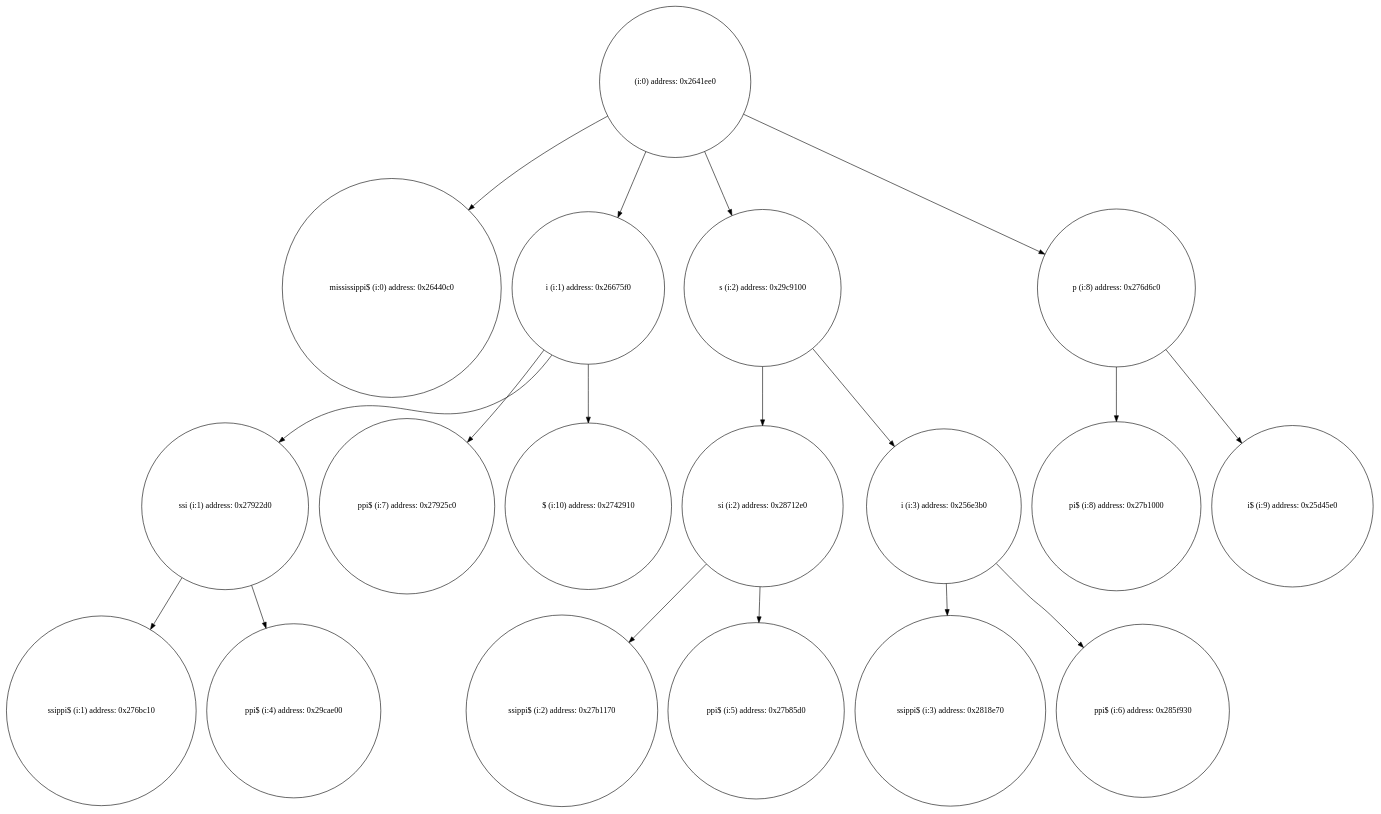
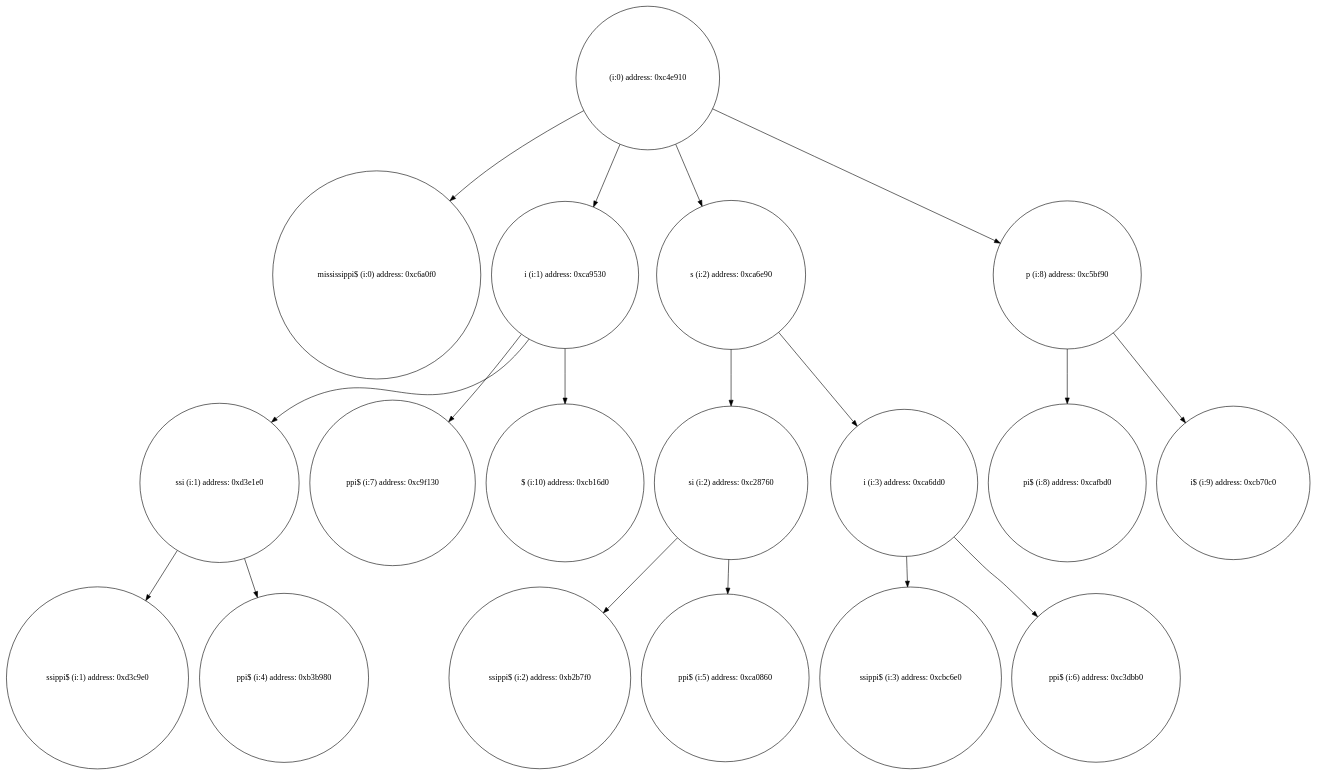
Before and after one commit to evertheylen/TA_TO: the diagram in Helix/end_0.dot, drawn with Graphviz. The commit also changed 3 other files, not shown here.

```diff
--- a/Helix/end_0.dot
+++ b/Helix/end_0.dot
@@ -1,38 +1,38 @@
 digraph suffix {
 	node [shape = circle];
-	0 [label= " (i:0) address: 0x2641ee0"];
+	0 [label= " (i:0) address: 0xc4e910"];
 	0 -> 1;
-	1 [label= "mississippi$ (i:0) address: 0x26440c0"];
+	1 [label= "mississippi$ (i:0) address: 0xc6a0f0"];
 	0 -> 2;
-	2 [label= "i (i:1) address: 0x26675f0"];
+	2 [label= "i (i:1) address: 0xca9530"];
 	2 -> 3;
-	3 [label= "ssi (i:1) address: 0x27922d0"];
+	3 [label= "ssi (i:1) address: 0xd3e1e0"];
 	3 -> 4;
-	4 [label= "ssippi$ (i:1) address: 0x276bc10"];
+	4 [label= "ssippi$ (i:1) address: 0xd3c9e0"];
 	3 -> 5;
-	5 [label= "ppi$ (i:4) address: 0x29cae00"];
+	5 [label= "ppi$ (i:4) address: 0xb3b980"];
 	2 -> 6;
-	6 [label= "ppi$ (i:7) address: 0x27925c0"];
+	6 [label= "ppi$ (i:7) address: 0xc9f130"];
 	2 -> 7;
-	7 [label= "$ (i:10) address: 0x2742910"];
+	7 [label= "$ (i:10) address: 0xcb16d0"];
 	0 -> 8;
-	8 [label= "s (i:2) address: 0x29c9100"];
+	8 [label= "s (i:2) address: 0xca6e90"];
 	8 -> 9;
-	9 [label= "si (i:2) address: 0x28712e0"];
+	9 [label= "si (i:2) address: 0xc28760"];
 	9 -> 10;
-	10 [label= "ssippi$ (i:2) address: 0x27b1170"];
+	10 [label= "ssippi$ (i:2) address: 0xb2b7f0"];
 	9 -> 11;
-	11 [label= "ppi$ (i:5) address: 0x27b85d0"];
+	11 [label= "ppi$ (i:5) address: 0xca0860"];
 	8 -> 12;
-	12 [label= "i (i:3) address: 0x256e3b0"];
+	12 [label= "i (i:3) address: 0xca6dd0"];
 	12 -> 13;
-	13 [label= "ssippi$ (i:3) address: 0x2818e70"];
+	13 [label= "ssippi$ (i:3) address: 0xcbc6e0"];
 	12 -> 14;
-	14 [label= "ppi$ (i:6) address: 0x285f930"];
+	14 [label= "ppi$ (i:6) address: 0xc3dbb0"];
 	0 -> 15;
-	15 [label= "p (i:8) address: 0x276d6c0"];
+	15 [label= "p (i:8) address: 0xc5bf90"];
 	15 -> 16;
-	16 [label= "pi$ (i:8) address: 0x27b1000"];
+	16 [label= "pi$ (i:8) address: 0xcafbd0"];
 	15 -> 17;
-	17 [label= "i$ (i:9) address: 0x25d45e0"];
+	17 [label= "i$ (i:9) address: 0xcb70c0"];
 }
```
